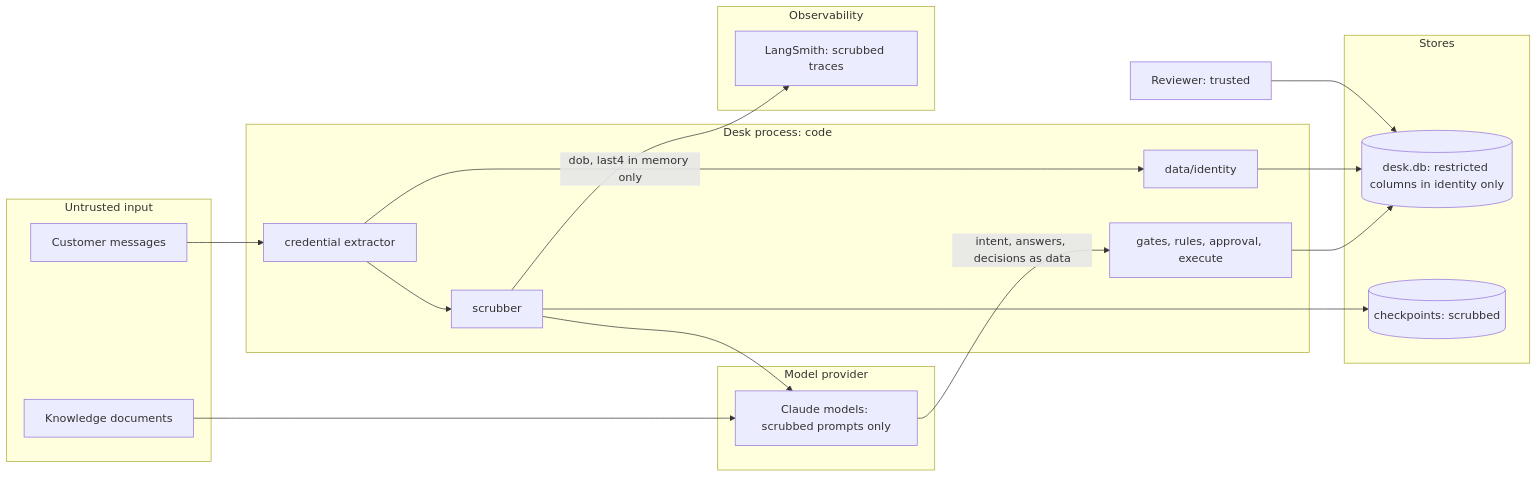
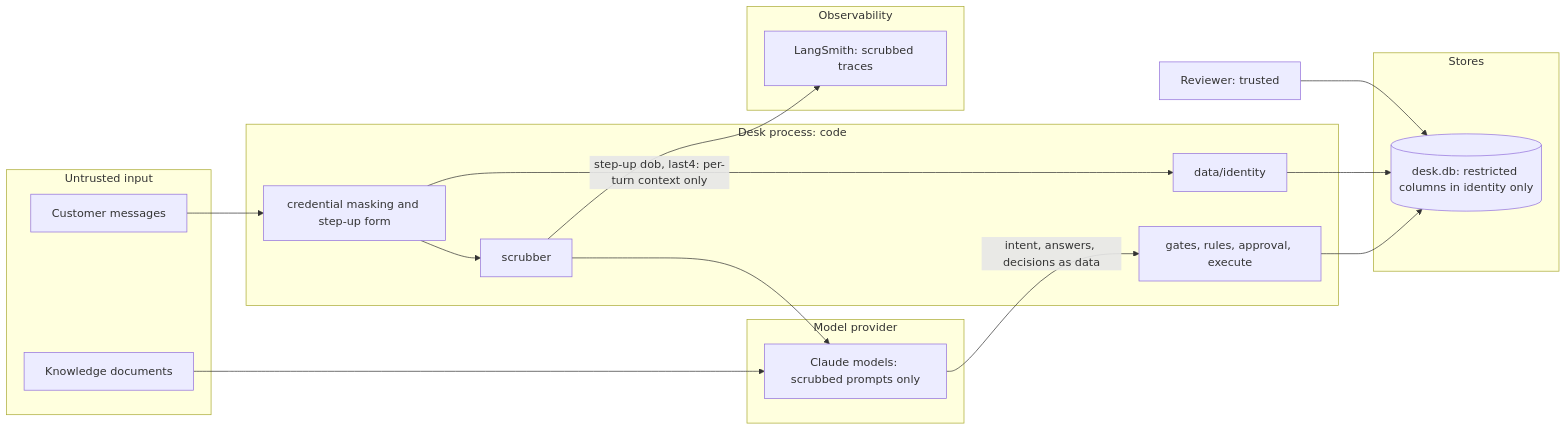
One commit to debudash/SPRServicingAgent changed the seventh of 8 diagrams in docs/ARCHITECTURE.md. Above: the diagram before and after it, drawn with Mermaid. The commit also changed other lines of this file, not shown here.

First line of the commit message:
ARCHITECTURE.md: fix the two diagrams that did not render, and match the flows to the code

````diff
--- a/docs/ARCHITECTURE.md
+++ b/docs/ARCHITECTURE.md
@@ -326,33 +339,31 @@
 ```mermaid
 flowchart LR
     subgraph U[Untrusted input]
         CUST[Customer messages]
         DOCS[Knowledge documents]
     end
     subgraph P[Desk process: code]
-        EXT[credential extractor] --> SCR[scrubber]
+        EXT[credential masking and step-up form] --> SCR[scrubber]
         GATES[gates, rules, approval, execute]
         IDF[data/identity]
     end
     subgraph M[Model provider]
         LLM[Claude models: scrubbed prompts only]
     end
     subgraph S[Stores]
         DB[(desk.db: restricted columns in identity only)]
-        CK[(checkpoints: scrubbed)]
     end
     subgraph O[Observability]
         LS[LangSmith: scrubbed traces]
     end
     RV[Reviewer: trusted]
     CUST --> EXT
-    EXT -- dob, last4 in memory only --> IDF
+    EXT -- step-up dob, last4: per-turn context only --> IDF
     SCR --> LLM
     DOCS --> LLM
     LLM -- intent, answers, decisions as data --> GATES
     GATES --> DB
     IDF --> DB
-    SCR --> CK
     SCR --> LS
     RV --> DB
 ```
````
